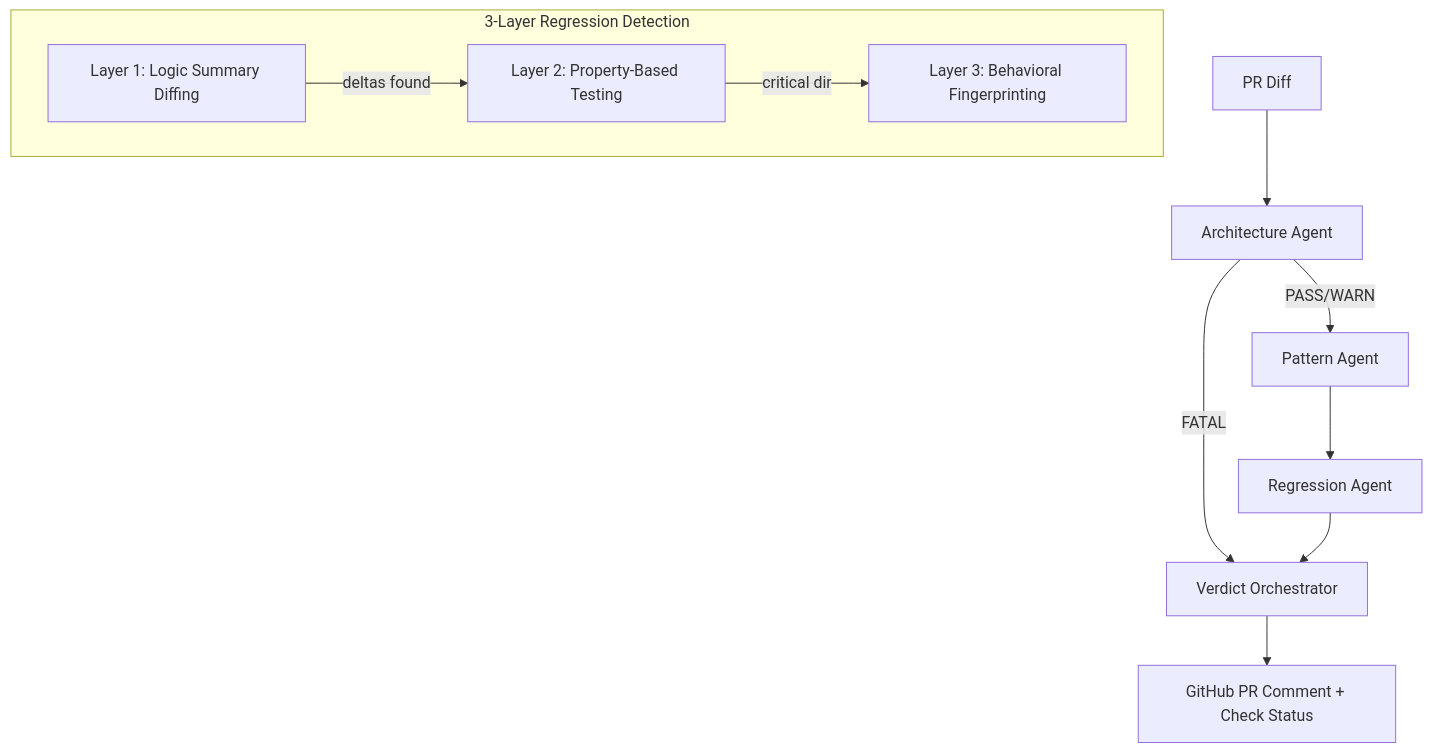
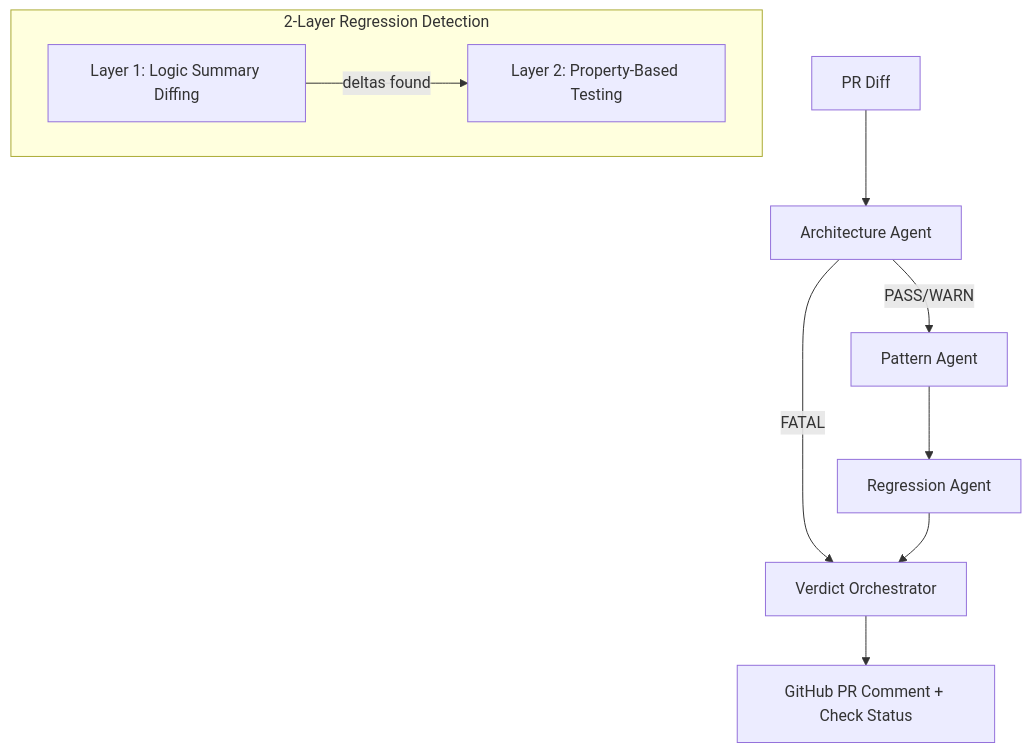
The diagram in README.md (rakshithmuda22/agentprobe), drawn with Mermaid before and after one commit. The commit also changed other lines of this file and 24 other files, not shown here.

````diff
--- a/README.md
+++ b/README.md
@@ -26,17 +26,15 @@
 ```mermaid
 graph TD
     A[PR Diff] --> B[Architecture Agent]
     B -->|FATAL| F[Verdict Orchestrator]
     B -->|PASS/WARN| C[Pattern Agent]
     C --> D[Regression Agent]
     D --> F
     F --> G[GitHub PR Comment + Check Status]
 
-    subgraph "3-Layer Regression Detection"
+    subgraph "2-Layer Regression Detection"
         D1[Layer 1: Logic Summary Diffing]
         D2[Layer 2: Property-Based Testing]
-        D3[Layer 3: Behavioral Fingerprinting]
         D1 -->|deltas found| D2
-        D2 -->|critical dir| D3
     end
 ```
````
